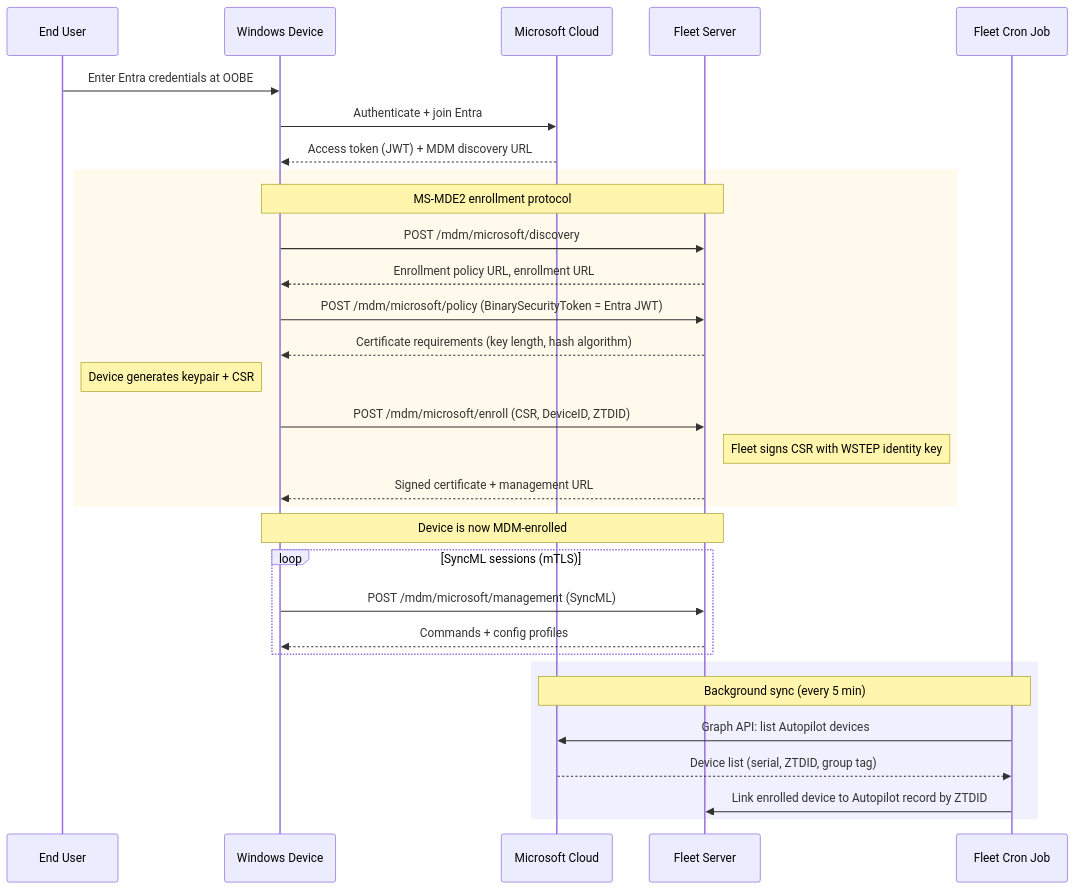
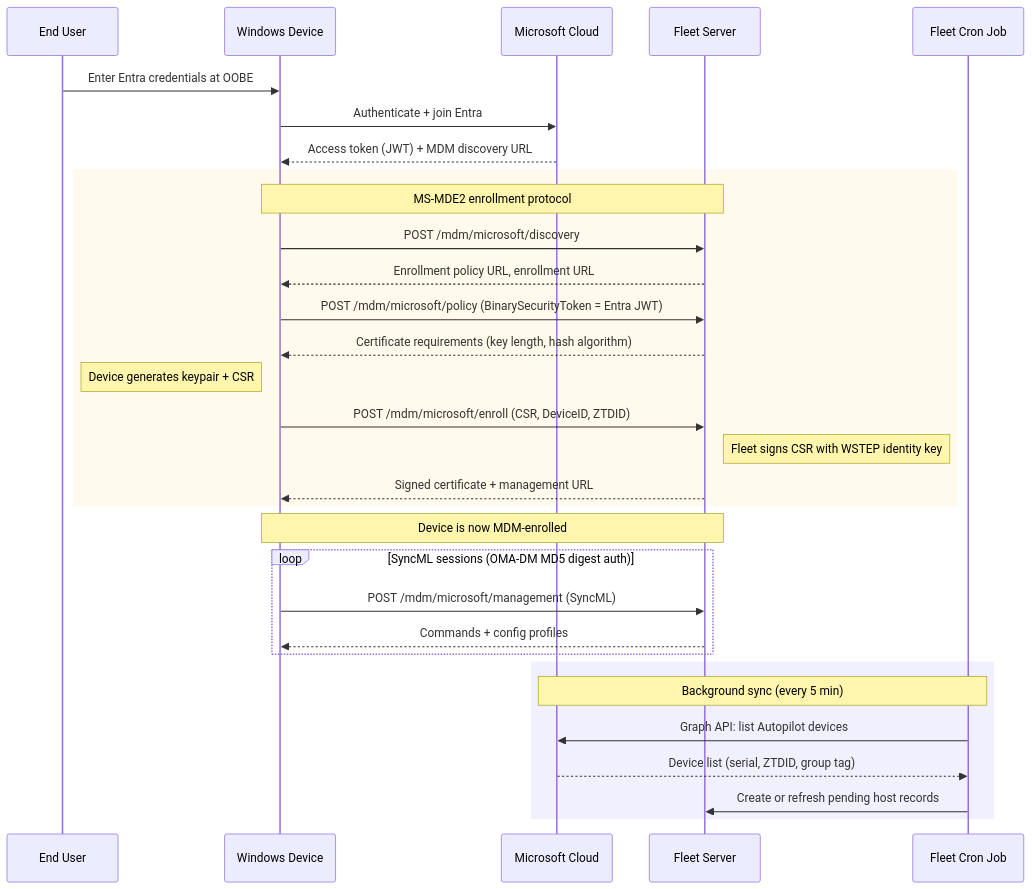
The third of 4 diagrams in docs/Contributing/product-groups/mdm/windows-autopilot-how-it-works.md (fleetdm/fleet), drawn with Mermaid before and after one commit. The commit also changed other lines of this file and 1 other file, not shown here.

````diff
--- a/docs/Contributing/product-groups/mdm/windows-autopilot-how-it-works.md
+++ b/docs/Contributing/product-groups/mdm/windows-autopilot-how-it-works.md
@@ -68,40 +68,40 @@
 ```mermaid
 sequenceDiagram
     participant User as End User
     participant Win as Windows Device
     participant MS as Microsoft Cloud
     participant Fleet as Fleet Server
     participant Cron as Fleet Cron Job
 
     User->>Win: Enter Entra credentials at OOBE
     Win->>MS: Authenticate + join Entra
     MS-->>Win: Access token (JWT) + MDM discovery URL
 
     rect rgb(255, 250, 235)
         note over Win, Fleet: MS-MDE2 enrollment protocol
         Win->>Fleet: POST /mdm/microsoft/discovery
         Fleet-->>Win: Enrollment policy URL, enrollment URL
 
         Win->>Fleet: POST /mdm/microsoft/policy (BinarySecurityToken = Entra JWT)
         Fleet-->>Win: Certificate requirements (key length, hash algorithm)
 
         note left of Win: Device generates keypair + CSR
         Win->>Fleet: POST /mdm/microsoft/enroll (CSR, DeviceID, ZTDID)
         note right of Fleet: Fleet signs CSR with WSTEP identity key
         Fleet-->>Win: Signed certificate + management URL
     end
 
     note over Win, Fleet: Device is now MDM-enrolled
 
-    loop SyncML sessions (mTLS)
+    loop SyncML sessions (OMA-DM MD5 digest auth)
         Win->>Fleet: POST /mdm/microsoft/management (SyncML)
         Fleet-->>Win: Commands + config profiles
     end
 
     rect rgb(240, 240, 255)
         note over Cron, MS: Background sync (every 5 min)
         Cron->>MS: Graph API: list Autopilot devices
         MS-->>Cron: Device list (serial, ZTDID, group tag)
-        Cron->>Fleet: Link enrolled device to Autopilot record by ZTDID
+        Cron->>Fleet: Create or refresh pending host records
     end
 ```
````
